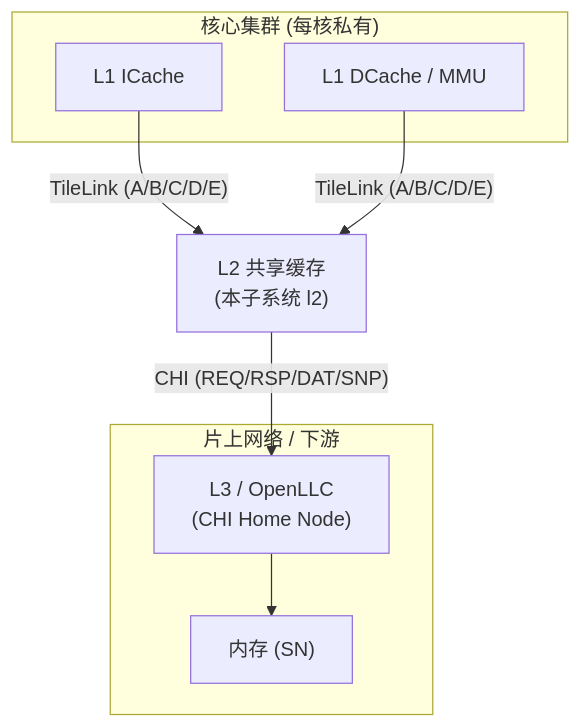
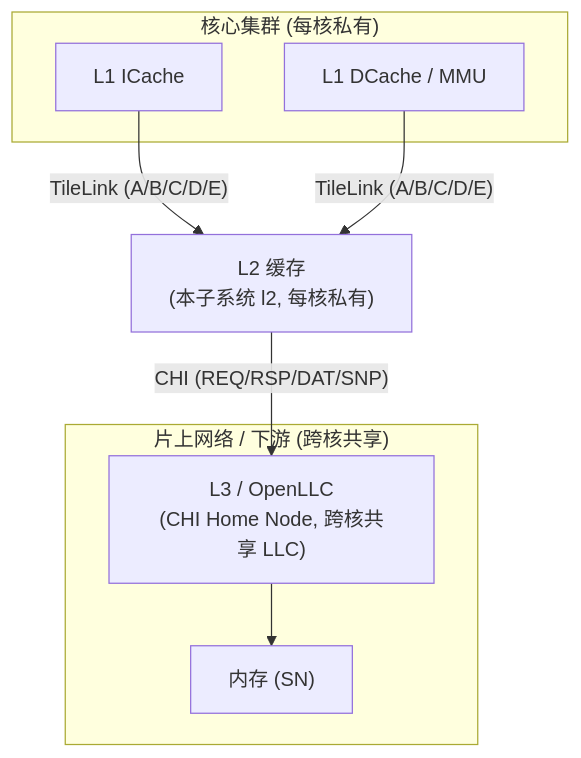
Before and after one commit to shengnanli/xs-v2r2-sv: the first of 3 diagrams in docs/l2/arch/0-L2_OVERVIEW.md, drawn with Mermaid. The commit also changed other lines of this file and 3 other files, not shown here.

````diff
--- a/docs/l2/arch/0-L2_OVERVIEW.md
+++ b/docs/l2/arch/0-L2_OVERVIEW.md
@@ -9,16 +9,16 @@
 ```mermaid
 flowchart TB
   subgraph Core["核心集群 (每核私有)"]
     L1I["L1 ICache"]
     L1D["L1 DCache / MMU"]
   end
-  L2["L2 共享缓存<br/>(本子系统 l2)"]
-  subgraph SoC["片上网络 / 下游"]
-    L3["L3 / OpenLLC<br/>(CHI Home Node)"]
+  L2["L2 缓存<br/>(本子系统 l2, 每核私有)"]
+  subgraph SoC["片上网络 / 下游 (跨核共享)"]
+    L3["L3 / OpenLLC<br/>(CHI Home Node, 跨核共享 LLC)"]
     MEM["内存 (SN)"]
   end
   L1I -- "TileLink (A/B/C/D/E)" --> L2
   L1D -- "TileLink (A/B/C/D/E)" --> L2
   L2 -- "CHI (REQ/RSP/DAT/SNP)" --> L3
   L3 --> MEM
 ```
````
